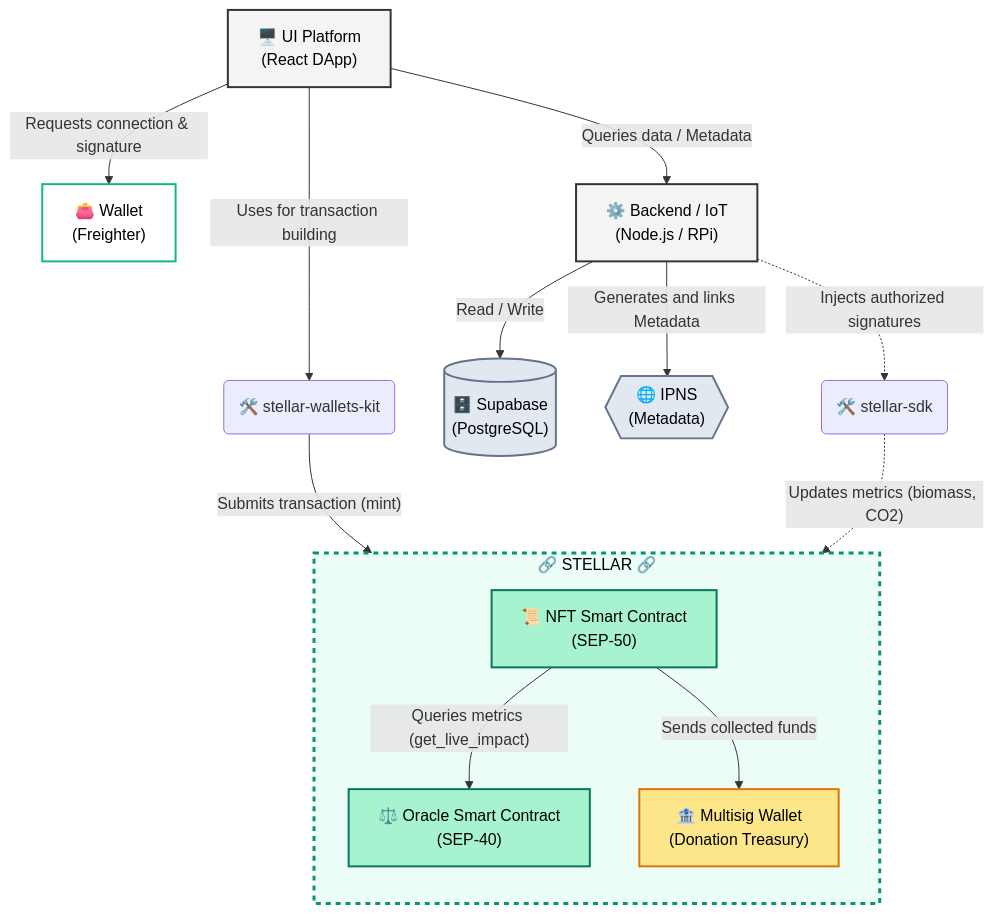
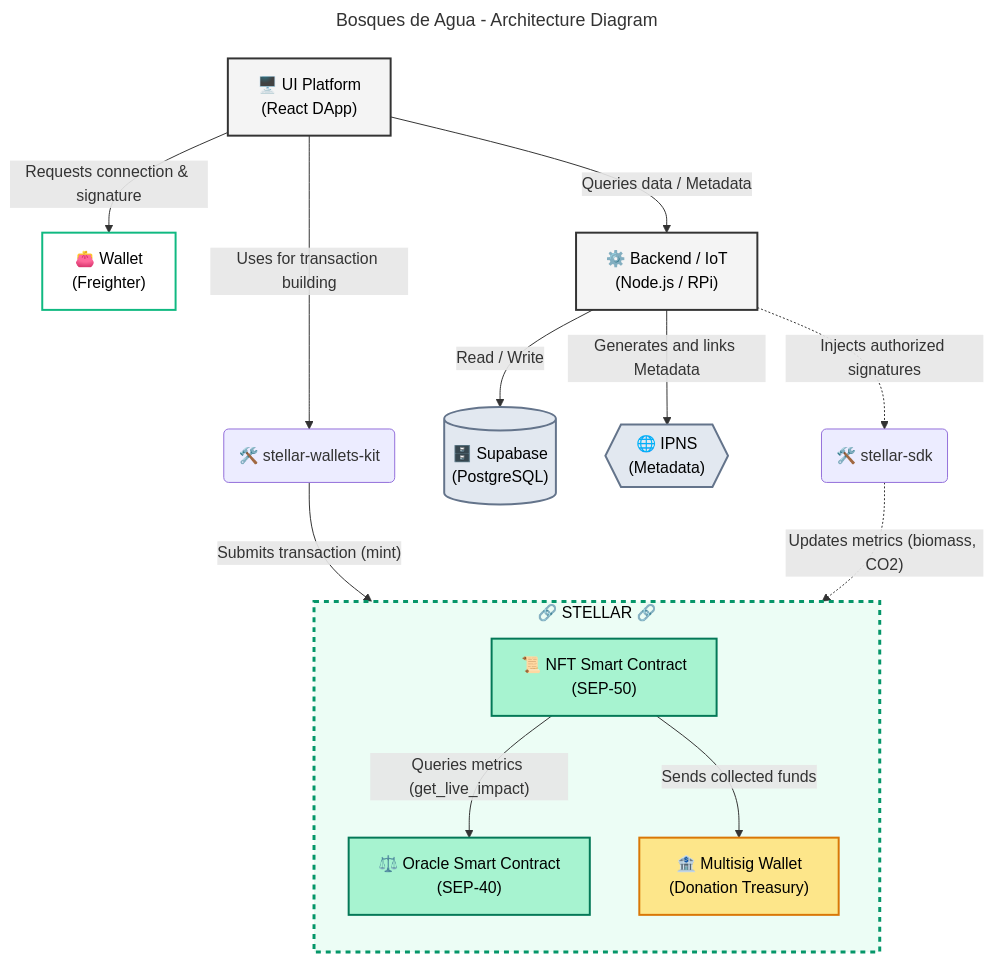
One commit to masch/rwa-natural-resources changed the diagram in README.md. Above: the diagram before and after it, drawn with Mermaid. The commit also changed other lines of this file and 1 other file, not shown here.

````diff
--- a/README.md
+++ b/README.md
@@ -30,51 +28,54 @@
 ```mermaid
+---
+title: Bosques de Agua - Architecture Diagram
+---
 flowchart TD
     %% Main Nodes
     UI["🖥️ UI Platform<br/>(React DApp)"]
     Backend["⚙️ Backend / IoT<br/>(Node.js / RPi)"]
     DB[("🗄️ Supabase<br/>(PostgreSQL)")]
     IPNS{{"🌐 IPNS<br/>(Metadata)"}}
     Wallet["👛 Wallet<br/>(Freighter)"]
 
     %% Integration Kits (Off-chain)
     WalletsKit("🛠️ stellar-wallets-kit")
     StellarSDK("🛠️ stellar-sdk")
 
     %% Stellar Blockchain Environment
     subgraph StellarNetwork ["🔗 STELLAR 🔗"]
         direction TB
         NFT["📜 NFT Smart Contract<br/>(SEP-50)"]
         Oracle["⚖️ Oracle Smart Contract<br/>(SEP-40)"]
         Multisig["🏦 Multisig Wallet<br/>(Donation Treasury)"]
         
         %% Cross-contract Interactions within Stellar
         NFT -- "Queries metrics (get_live_impact)" --> Oracle
         NFT -- "Sends collected funds" --> Multisig
     end
 
     %% Frontend and Wallet Relations
     UI -- "Requests connection & signature" --> Wallet
     UI -- "Uses for transaction building" --> WalletsKit
     WalletsKit -- "Submits transaction (mint)" --> NFT
     UI -- "Queries data / Metadata" --> Backend
 
     %% Backend Relations
     Backend -- "Read / Write" --> DB
     Backend -- "Generates and links Metadata" --> IPNS
     
     %% Backend -> Oracle Relation
     Backend -. "Injects authorized signatures" .-> StellarSDK
     StellarSDK -. "Updates metrics (biomass, CO2)" .-> Oracle
 
     %% Node Styles
     style UI fill:#f4f4f4,stroke:#333,stroke-width:2px,color:#000
     style Backend fill:#f4f4f4,stroke:#333,stroke-width:2px,color:#000
     style DB fill:#e2e8f0,stroke:#64748b,stroke-width:2px,color:#000
     style IPNS fill:#e2e8f0,stroke:#64748b,stroke-width:2px,color:#000
     style Wallet fill:#fff,stroke:#10b981,stroke-width:2px,color:#000
     
     style StellarNetwork fill:#ecfdf5,stroke:#059669,stroke-width:3px,stroke-dasharray: 5 5,color:#000
     style NFT fill:#a7f3d0,stroke:#047857,stroke-width:2px,color:#000
     style Oracle fill:#a7f3d0,stroke:#047857,stroke-width:2px,color:#000
     style Multisig fill:#fde68a,stroke:#d97706,stroke-width:2px,color:#000
 ```
````
